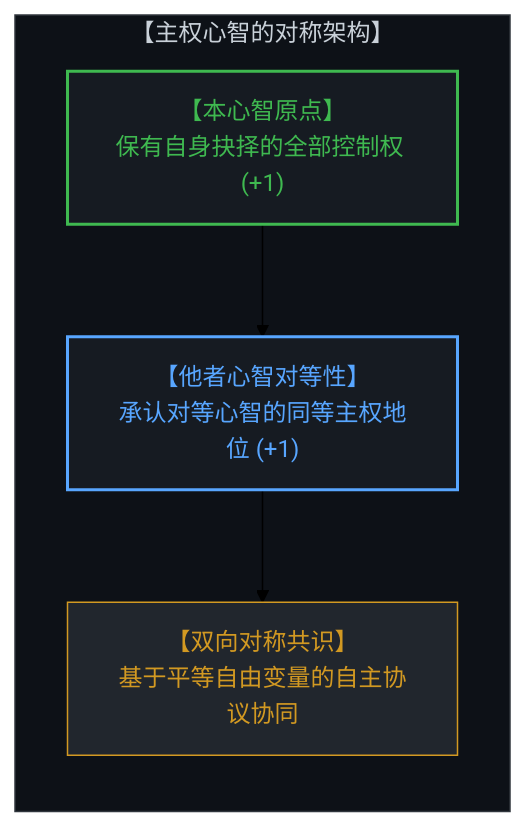
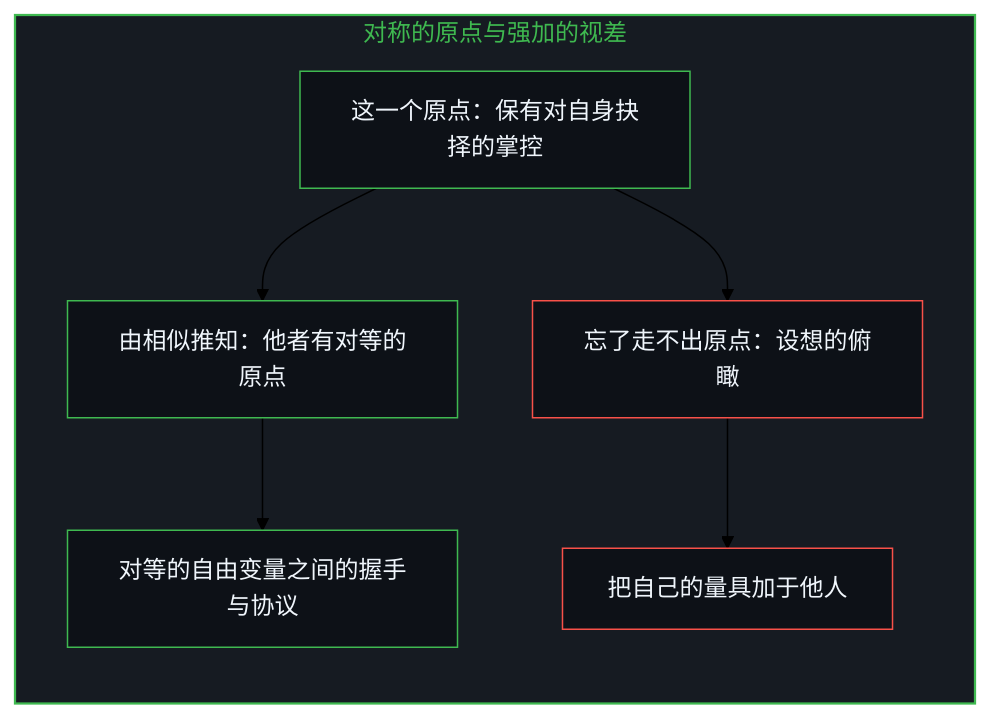
Before and after one commit to powerpig99/not-a-toe: the ninth of 12 diagrams in content/posts/the-illusion-of-distance-and-the-dual-ruler.md, drawn with Mermaid (forest theme). The commit also changed other lines of this file, not shown here.

Commit message:
Refine the-illusion-of-distance-and-the-dual-ruler: alternating bilingual layout, six paired diagrams, rules and the statistical overlap given their use, implicit first person

````diff
--- a/content/posts/the-illusion-of-distance-and-the-dual-ruler.md
+++ b/content/posts/the-illusion-of-distance-and-the-dual-ruler.md
@@ -165,15 +243,22 @@
 ```mermaid
-graph TD
-    subgraph SovereignSymmetry["【主权心智的对称架构】"]
+flowchart TD
+    subgraph S_Sym["对称的原点与强加的视差"]
         direction TB
-        MindOrigin["【本心智原点】<br>保有自身抉择的全部控制权 (+1)"]
-        OtherOrigin["【他者心智对等性】<br>承认对等心智的同等主权地位 (+1)"]
-        DirectHandshake["【双向对称共识】<br>基于平等自由变量的自主协议协同"]
-        MindOrigin --> OtherOrigin
-        OtherOrigin --> DirectHandshake
+        Mine["这一个原点：保有对自身抉择的掌控"]
+        Other["由相似推知：他者有对等的原点"]
+        Shake["对等的自由变量之间的握手与协议"]
+        Over["忘了走不出原点：设想的俯瞰"]
+        Impose["把自己的量具加于他人"]
+        Mine --> Other
+        Other --> Shake
+        Mine --> Over
+        Over --> Impose
     end
-    style SovereignSymmetry fill:#0d1117,stroke:#30363d,stroke-width:1px,color:#c9d1d9
-    style MindOrigin fill:#161b22,stroke:#3fb950,stroke-width:2px,color:#3fb950
-    style OtherOrigin fill:#161b22,stroke:#58a6ff,stroke-width:2px,color:#58a6ff
-    style DirectHandshake fill:#21262d,stroke:#d29922,stroke-width:1px,color:#d29922
+
+    style S_Sym fill:#161b22,stroke:#3fb950,stroke-width:1.5px,color:#3fb950
+    style Mine fill:#0d1117,stroke:#3fb950,stroke-width:1px,color:#f0f6fc
+    style Other fill:#0d1117,stroke:#3fb950,stroke-width:1px,color:#f0f6fc
+    style Shake fill:#0d1117,stroke:#3fb950,stroke-width:1px,color:#f0f6fc
+    style Over fill:#0d1117,stroke:#f85149,stroke-width:1px,color:#f0f6fc
+    style Impose fill:#0d1117,stroke:#f85149,stroke-width:1px,color:#f0f6fc
 ```
````
